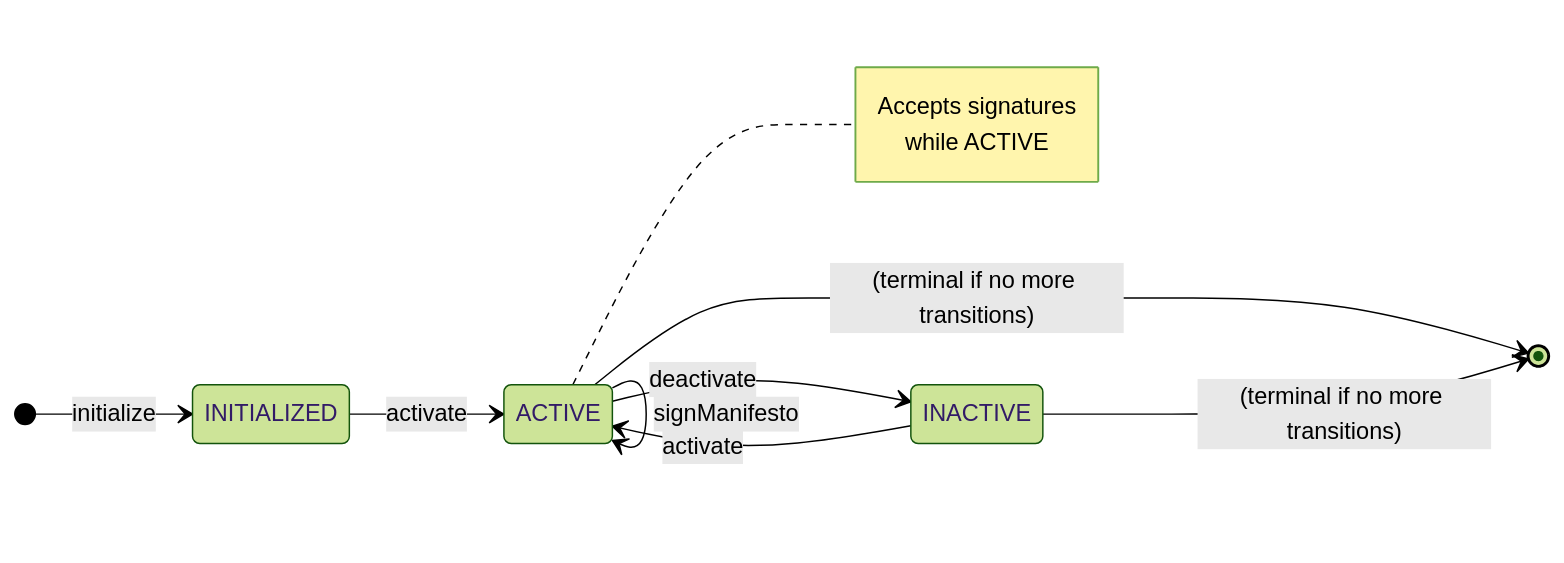
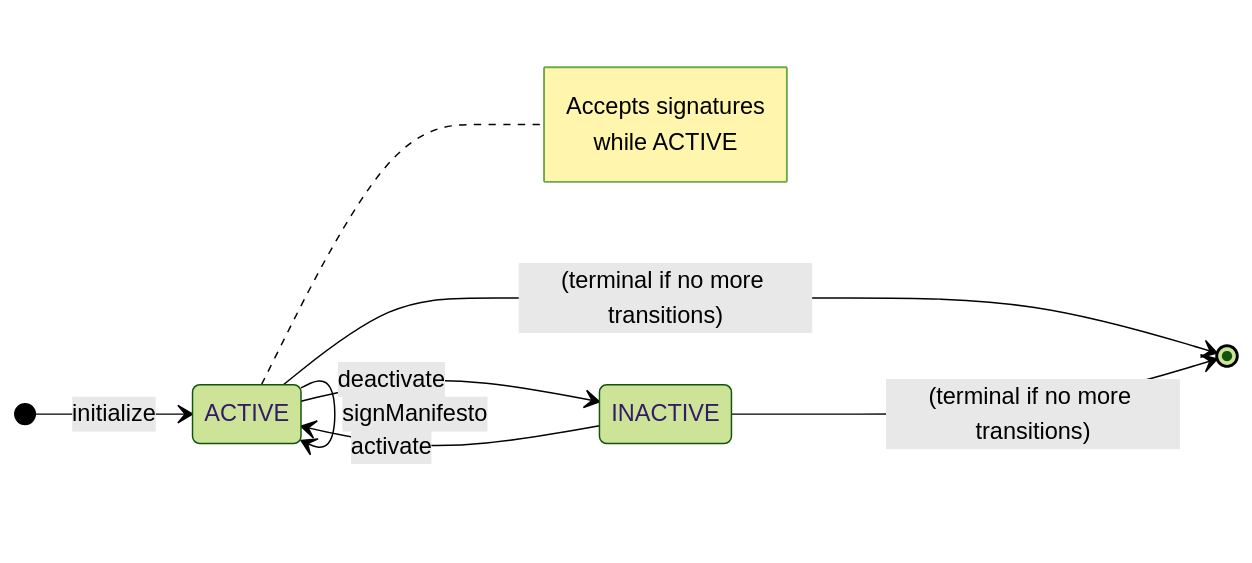
The first of 5 diagrams in lua-actor/src/tests/manifesto/manifesto.md (Consensys-Network-State/signet-execution-prototype), drawn with Mermaid (forest theme) before and after one commit. The commit also changed other lines of this file and 7 other files, not shown here.

````diff
--- a/lua-actor/src/tests/manifesto/manifesto.md
+++ b/lua-actor/src/tests/manifesto/manifesto.md
@@ -7,16 +7,15 @@
 ```mermaid
 stateDiagram-v2
     direction LR
   
-    [*] --> INITIALIZED: initialize
+    [*] --> ACTIVE: initialize
   
-    INITIALIZED --> ACTIVE: activate
     ACTIVE --> INACTIVE: deactivate  
     INACTIVE --> ACTIVE: activate
     ACTIVE --> ACTIVE: signManifesto
   
     note right of ACTIVE : Accepts signatures<br/>while ACTIVE
   
     ACTIVE --> [*]: (terminal if no more transitions)
     INACTIVE --> [*]: (terminal if no more transitions)
 ```
````
